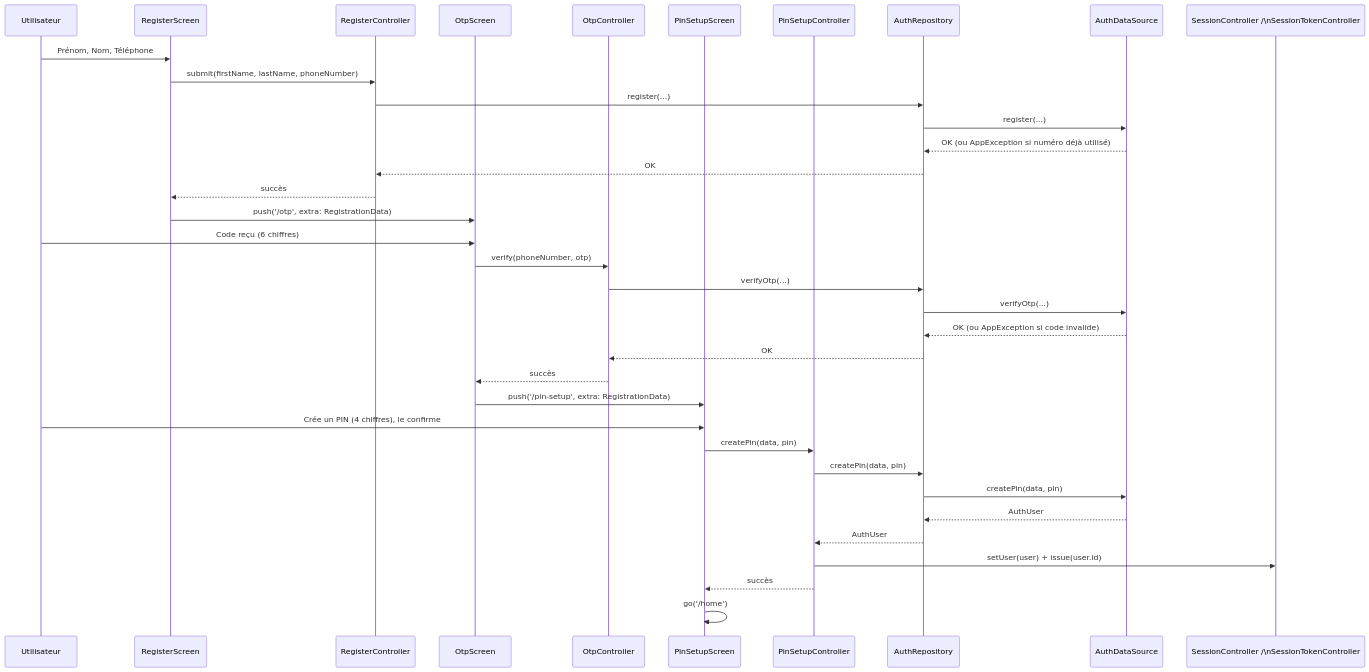
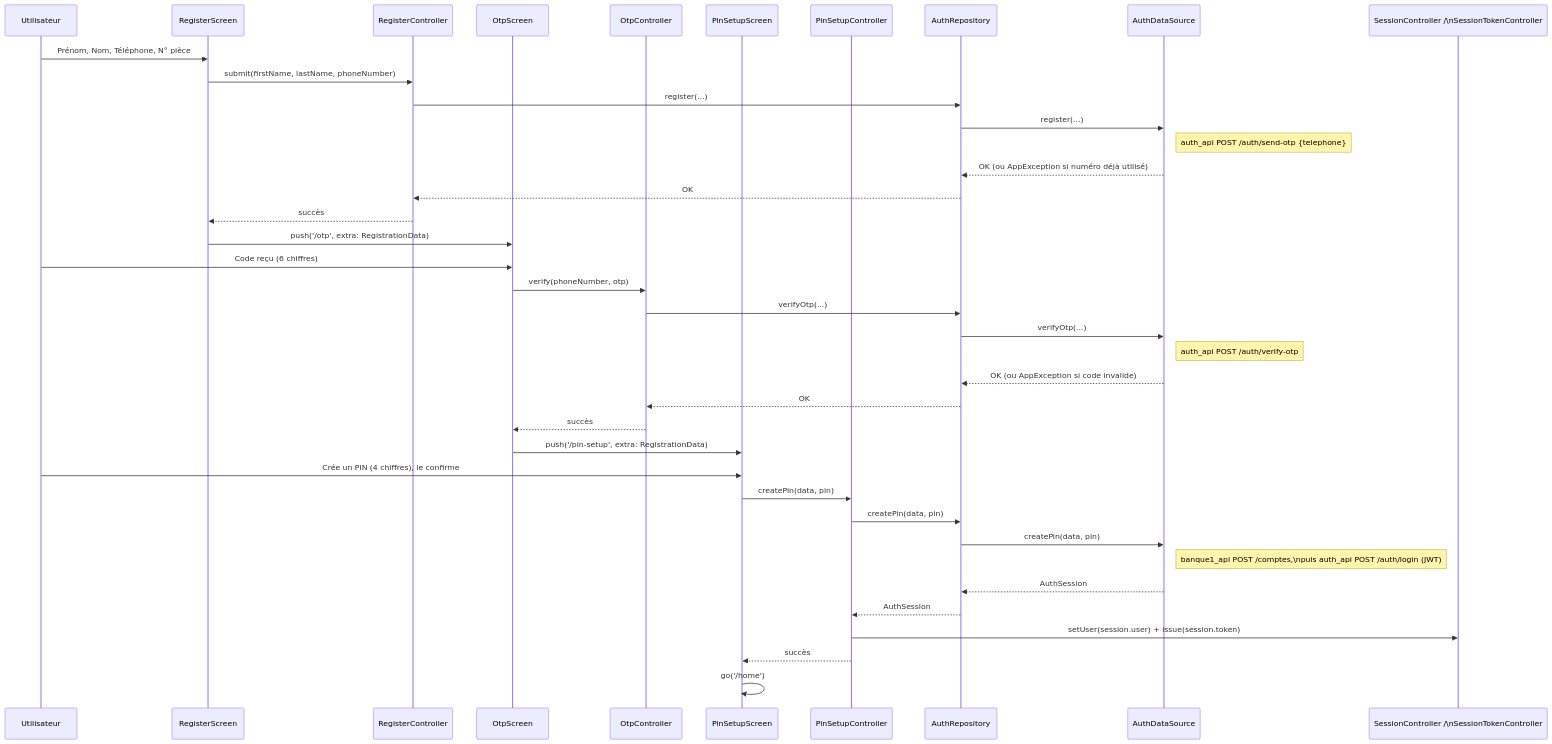
Before and after one commit to Alou66/flutter_banque: the first of 3 diagrams in docs/auth-flow.md, drawn with Mermaid. The commit also changed other lines of this file and 30 other files, not shown here.

````diff
--- a/docs/auth-flow.md
+++ b/docs/auth-flow.md
@@ -9,41 +9,44 @@
 ```mermaid
 sequenceDiagram
     participant U as Utilisateur
     participant RS as RegisterScreen
     participant RC as RegisterController
     participant OS as OtpScreen
     participant OC as OtpController
     participant PS as PinSetupScreen
     participant PC as PinSetupController
     participant Repo as AuthRepository
     participant DS as AuthDataSource
     participant Sess as SessionController /\nSessionTokenController
 
-    U->>RS: Prénom, Nom, Téléphone
+    U->>RS: Prénom, Nom, Téléphone, N° pièce
     RS->>RC: submit(firstName, lastName, phoneNumber)
     RC->>Repo: register(...)
     Repo->>DS: register(...)
+    Note right of DS: auth_api POST /auth/send-otp {telephone}
     DS-->>Repo: OK (ou AppException si numéro déjà utilisé)
     Repo-->>RC: OK
     RC-->>RS: succès
     RS->>OS: push('/otp', extra: RegistrationData)
 
     U->>OS: Code reçu (6 chiffres)
     OS->>OC: verify(phoneNumber, otp)
     OC->>Repo: verifyOtp(...)
     Repo->>DS: verifyOtp(...)
+    Note right of DS: auth_api POST /auth/verify-otp
     DS-->>Repo: OK (ou AppException si code invalide)
     Repo-->>OC: OK
     OC-->>OS: succès
     OS->>PS: push('/pin-setup', extra: RegistrationData)
 
     U->>PS: Crée un PIN (4 chiffres), le confirme
     PS->>PC: createPin(data, pin)
     PC->>Repo: createPin(data, pin)
     Repo->>DS: createPin(data, pin)
-    DS-->>Repo: AuthUser
-    Repo-->>PC: AuthUser
-    PC->>Sess: setUser(user) + issue(user.id)
+    Note right of DS: banque1_api POST /comptes,\npuis auth_api POST /auth/login (JWT)
+    DS-->>Repo: AuthSession
+    Repo-->>PC: AuthSession
+    PC->>Sess: setUser(session.user) + issue(session.token)
     PC-->>PS: succès
     PS->>PS: go('/home')
 ```
````
